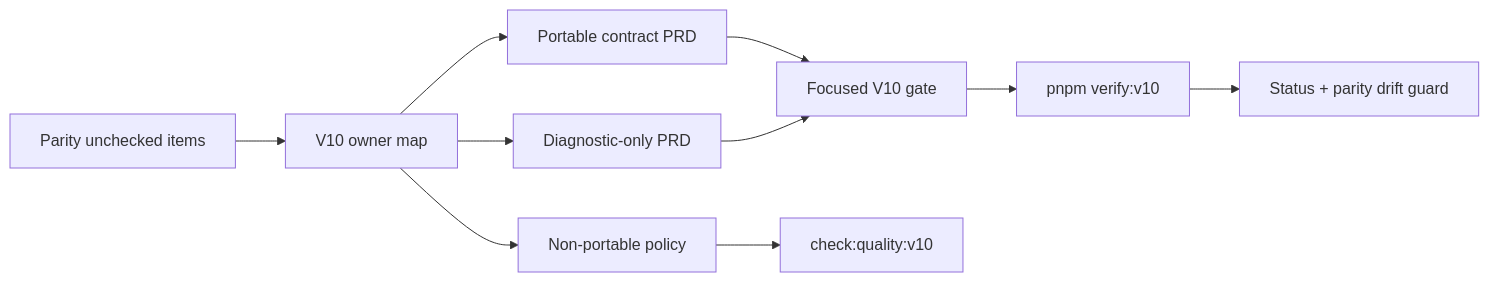
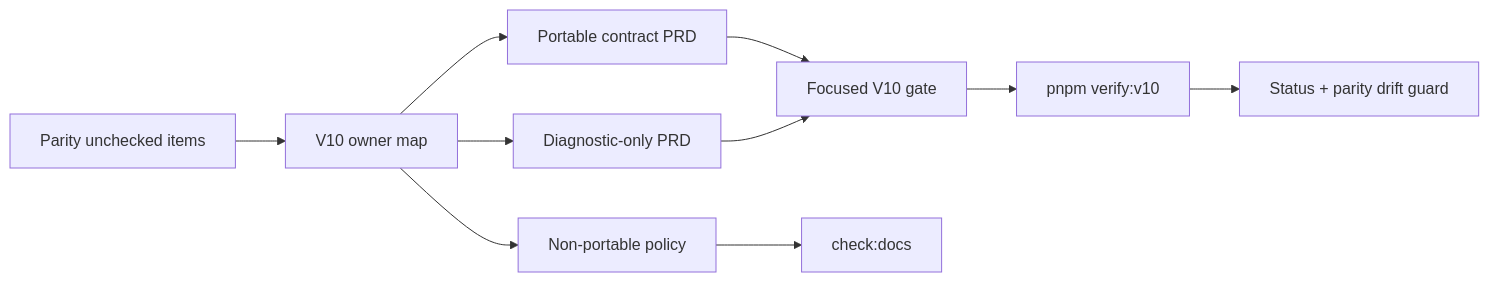
One commit to jonit-dev/threejs-to-bevy changed the first of 2 diagrams in docs/PRDs/v10/V10-01-scope-triage-and-release-gate.md. Above: the diagram before and after it, drawn with Mermaid. The commit also changed other lines of this file and 14 other files, not shown here.

````diff
--- a/docs/PRDs/v10/V10-01-scope-triage-and-release-gate.md
+++ b/docs/PRDs/v10/V10-01-scope-triage-and-release-gate.md
@@ -98,12 +98,12 @@
 ```mermaid
 flowchart LR
     Backlog[Parity unchecked items] --> Triage[V10 owner map]
     Triage --> Promote[Portable contract PRD]
     Triage --> Diagnostics[Diagnostic-only PRD]
     Triage --> Boundary[Non-portable policy]
     Promote --> Focused[Focused V10 gate]
     Diagnostics --> Focused
-    Boundary --> Quality[check:quality:v10]
+    Boundary --> Quality[check:docs]
     Focused --> Aggregate[pnpm verify:v10]
     Aggregate --> Docs[Status + parity drift guard]
 ```
````
